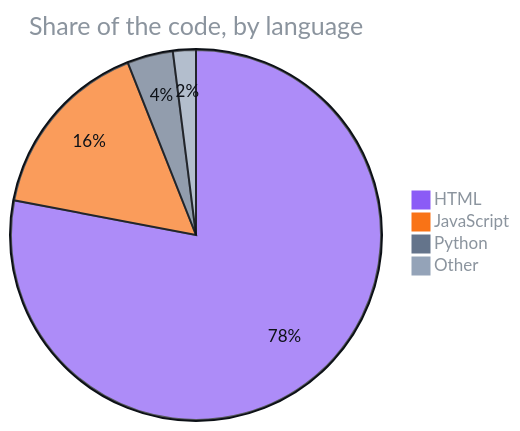
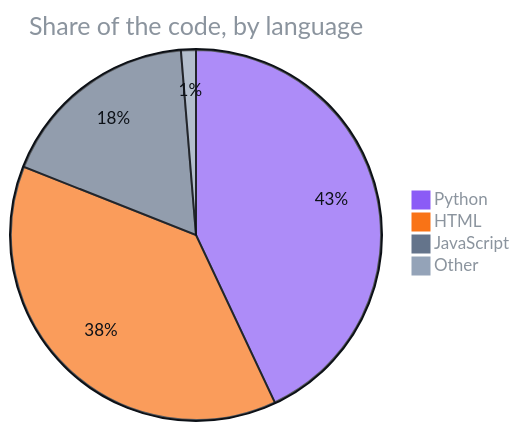
The third of 3 diagrams in README.md (F0rger123/claude-video-editing-god-mode), drawn with Mermaid before and after one commit. The commit also changed other lines of this file and 1 other file, not shown here.

Commit message:
docs: refresh README to match the app [skip ci]

````diff
--- a/README.md
+++ b/README.md
@@ -122,8 +122,8 @@
 ```mermaid
 %%{init: {'theme':'base','themeVariables':{'pie1':'#8b5cf6','pie2':'#f97316','pie3':'#64748b','pie4':'#94a3b8','pie5':'#475569','pie6':'#cbd5e1','pie7':'#334155','pieStrokeColor':'#0d1117','pieOuterStrokeColor':'#0d1117','pieTitleTextColor':'#8b949e','pieLegendTextColor':'#8b949e','pieSectionTextColor':'#0d1117'}}}%%
 pie title Share of the code, by language
-    "HTML" : 78
-    "JavaScript" : 16
-    "Python" : 4
-    "Other" : 2
+    "Python" : 43.0
+    "HTML" : 38.0
+    "JavaScript" : 17.7
+    "Other" : 1.3
 ```
````
